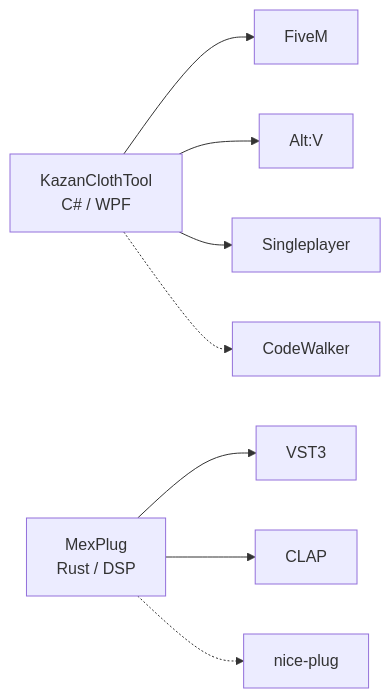
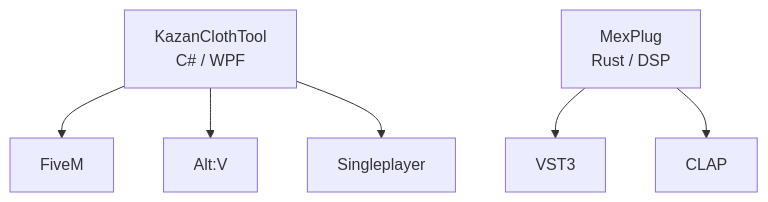
Before and after one commit to Mextrim/mextrim: the diagram in README.md, drawn with Mermaid. The commit also changed other lines of this file, not shown here.

Commit message:
fix: replace dead stats services, static langs, vertical diagram

````diff
--- a/README.md
+++ b/README.md
@@ -136,10 +146,8 @@
 ```mermaid
-graph LR
+graph TD
   A[KazanClothTool<br/>C# / WPF] --> B[FiveM]
   A --> C[Alt:V]
   A --> D[Singleplayer]
   E[MexPlug<br/>Rust / DSP] --> F[VST3]
   E --> G[CLAP]
-  A -.-> H[CodeWalker]
-  E -.-> I[nice-plug]
 ```
````
